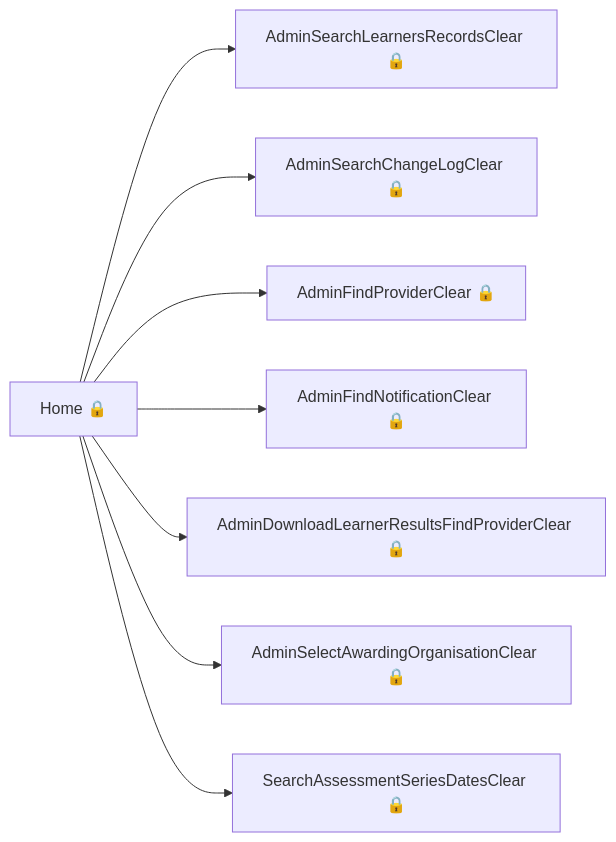
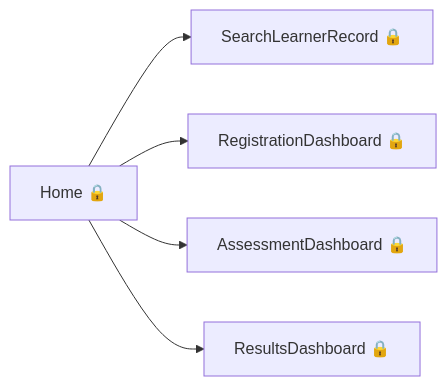
Before and after one commit to talentconsulting/atlas-dfe: the ninth of 9 diagrams in tl-results-and-certification/user-journeys/user-journeys.md, drawn with Mermaid. The commit also changed other lines of this file and 6 other files, not shown here.

````diff
--- a/tl-results-and-certification/user-journeys/user-journeys.md
+++ b/tl-results-and-certification/user-journeys/user-journeys.md
@@ -164,10 +123,7 @@
 ```mermaid
 flowchart LR
-  p0["Home 🔒"] --> p1["AdminSearchLearnersRecordsClear 🔒"]
-  p0["Home 🔒"] --> p2["AdminSearchChangeLogClear 🔒"]
-  p0["Home 🔒"] --> p3["AdminFindProviderClear 🔒"]
-  p0["Home 🔒"] --> p4["AdminFindNotificationClear 🔒"]
-  p0["Home 🔒"] --> p5["AdminDownloadLearnerResultsFindProviderClear 🔒"]
-  p0["Home 🔒"] --> p6["AdminSelectAwardingOrganisationClear 🔒"]
-  p0["Home 🔒"] --> p7["SearchAssessmentSeriesDatesClear 🔒"]
+  p0["Home 🔒"] --> p1["SearchLearnerRecord 🔒"]
+  p0["Home 🔒"] --> p2["RegistrationDashboard 🔒"]
+  p0["Home 🔒"] --> p3["AssessmentDashboard 🔒"]
+  p0["Home 🔒"] --> p4["ResultsDashboard 🔒"]
 ```
````
